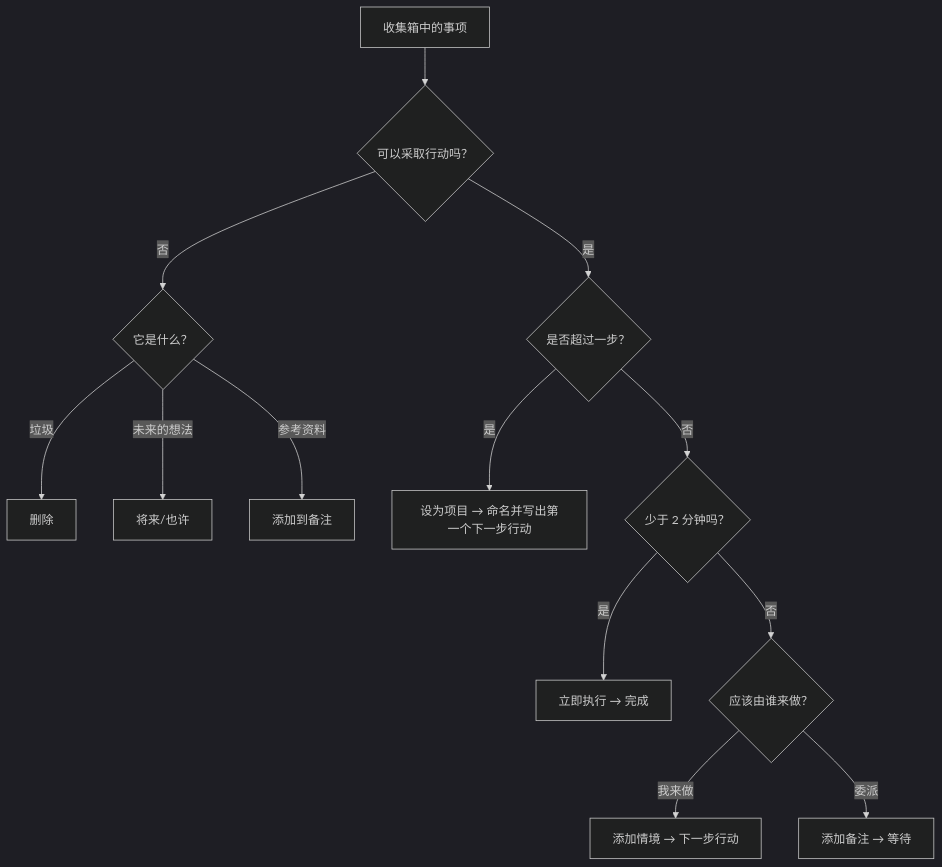
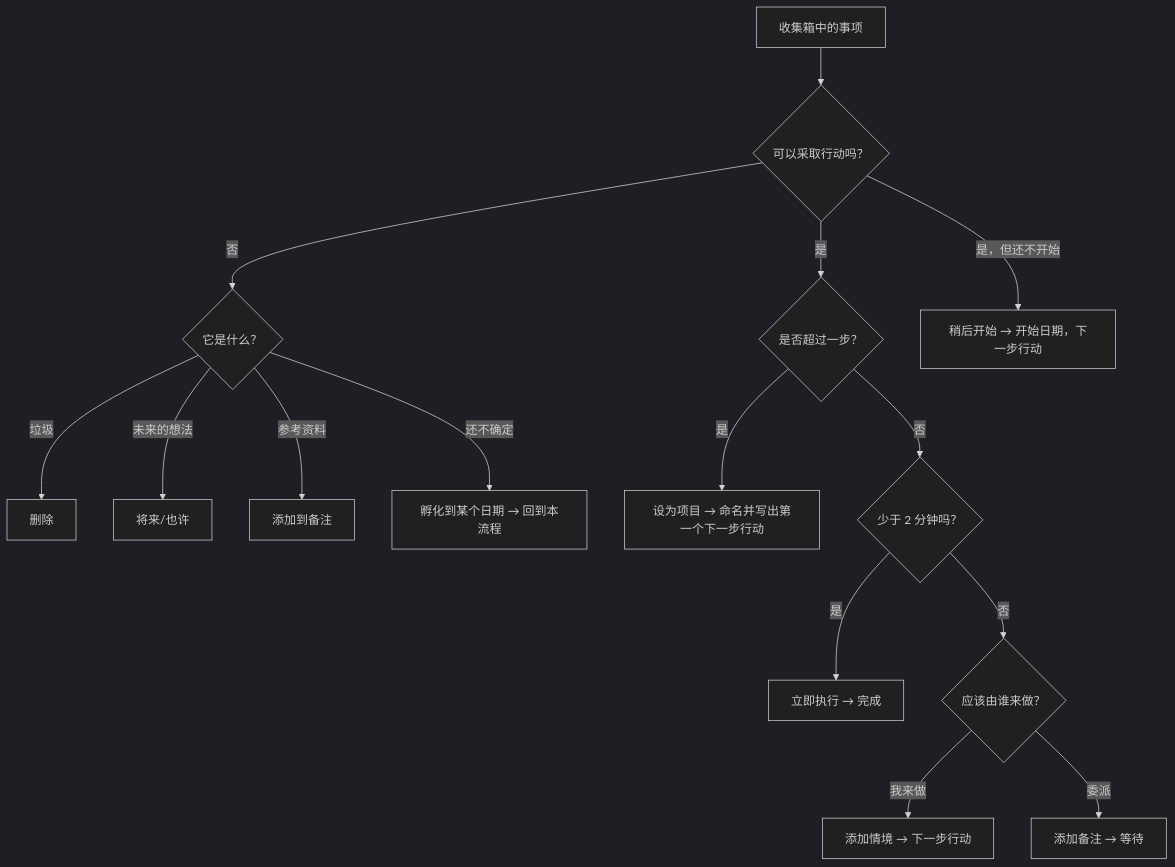
Before and after one commit to dongdongbh/mindwtr-web: the diagram in docs/zh-Hans/use/gtd-workflow.md, drawn with Mermaid (dark theme). The commit also changed other lines of this file and 5 other files, not shown here.

````diff
--- a/docs/zh-Hans/use/gtd-workflow.md
+++ b/docs/zh-Hans/use/gtd-workflow.md
@@ -83,15 +83,17 @@
 ```mermaid
 flowchart TD
     A[收集箱中的事项] --> B{可以采取行动吗？}
     B -->|否| C{它是什么？}
     C -->|垃圾| D[删除]
     C -->|未来的想法| E[将来/也许]
     C -->|参考资料| F[添加到备注]
+    C -->|还不确定| N[孵化到某个日期 → 回到本流程]
     B -->|是| P{是否超过一步？}
+    B -->|是，但还不开始| S[稍后开始 → 开始日期，下一步行动]
     P -->|是| Q[设为项目 → 命名并写出第一个下一步行动]
     P -->|否| G{少于 2 分钟吗？}
     G -->|是| H[立即执行 → 完成]
     G -->|否| I{应该由谁来做？}
     I -->|我来做| J[添加情境 → 下一步行动]
     I -->|委派| K[添加备注 → 等待]
 ```
````
